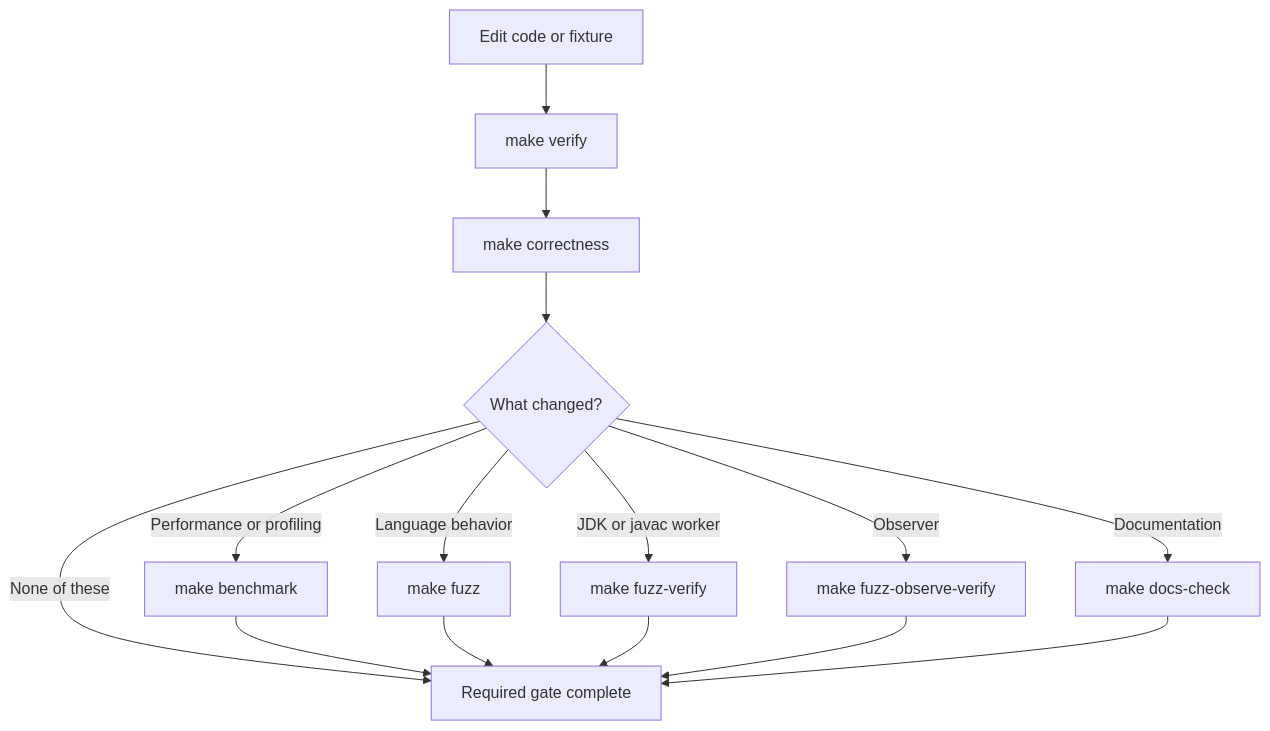
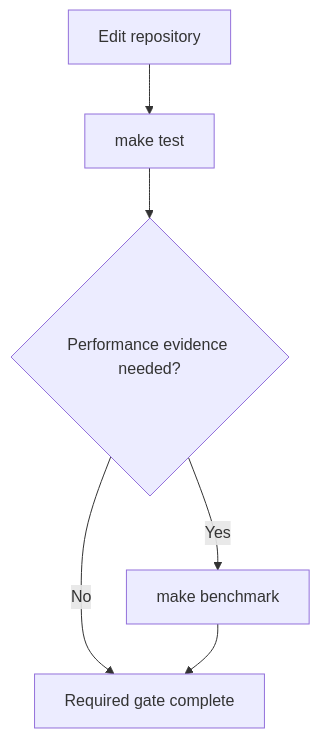
Before and after one commit to VitorNathanG/njavac: the diagram in docs/src/tooling/command-surface.md, drawn with Mermaid. The commit also changed other lines of this file and 27 other files, not shown here.

Commit message:
Harden benchmark evidence and test gates

````diff
--- a/docs/src/tooling/command-surface.md
+++ b/docs/src/tooling/command-surface.md
@@ -13,17 +13,8 @@
 ```mermaid
 flowchart TD
-    Edit[Edit code or fixture] --> Fast[make verify]
-    Fast --> Fresh[make correctness]
-    Fresh --> Kind{What changed?}
-    Kind -->|Performance or profiling| Benchmark[make benchmark]
-    Kind -->|Language behavior| Fuzz[make fuzz]
-    Kind -->|JDK or javac worker| Worker[make fuzz-verify]
-    Kind -->|Observer| Observer[make fuzz-observe-verify]
-    Kind -->|Documentation| Docs[make docs-check]
-    Kind -->|None of these| Complete[Required gate complete]
+    Edit[Edit repository] --> Test[make test]
+    Test --> Kind{Performance evidence needed?}
+    Kind -->|Yes| Benchmark[make benchmark]
+    Kind -->|No| Complete[Required gate complete]
     Benchmark --> Complete
-    Fuzz --> Complete
-    Worker --> Complete
-    Observer --> Complete
-    Docs --> Complete
 ```
````
